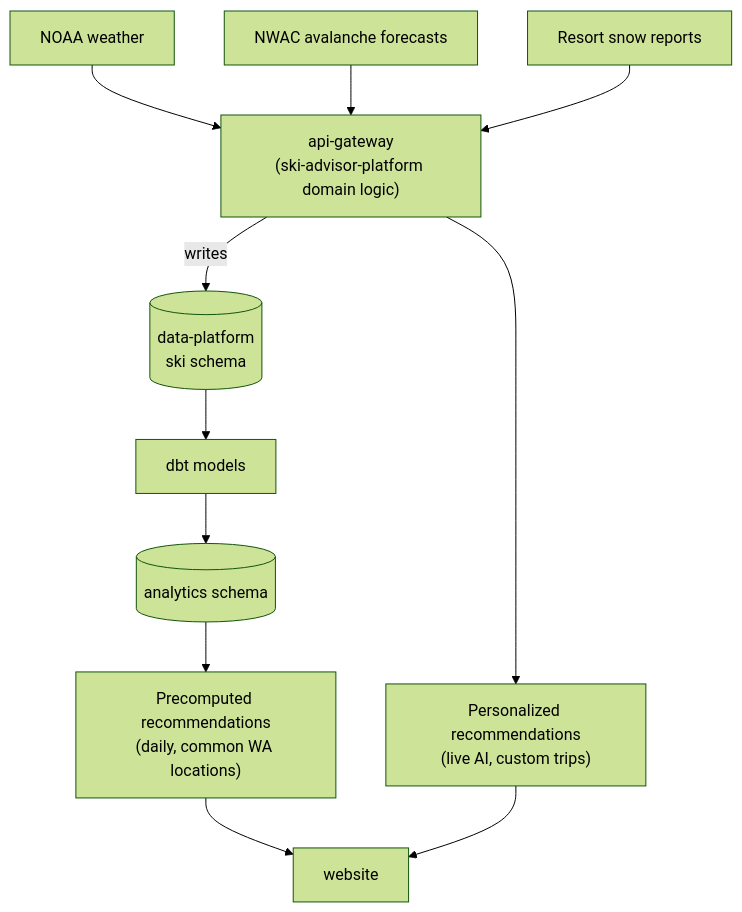
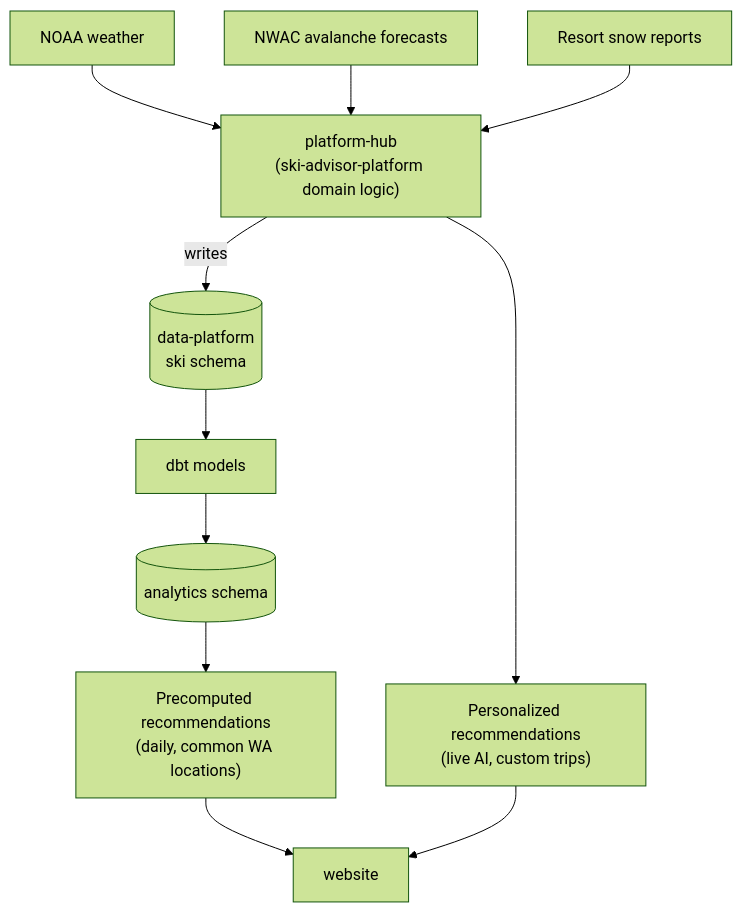
The diagram in docs/diagrams/ski.md (wm6000/website), drawn with Mermaid (forest theme) before and after one commit. The commit also changed 6 other files, not shown here.

First line of the commit message:
docs: add README template, website README, and recover platform-hub rename (#34)

````diff
--- a/docs/diagrams/ski.md
+++ b/docs/diagrams/ski.md
@@ -5,19 +5,19 @@
 ```mermaid
 ---
 id: f88968f6-3c85-4bec-b17e-78785bc9bac4
 ---
 flowchart TD
-    NOAA["NOAA weather"] --> ApiGateway["api-gateway<br/>(ski-advisor-platform domain logic)"]
-    NWAC["NWAC avalanche forecasts"] --> ApiGateway
-    Resorts["Resort snow reports"] --> ApiGateway
+    NOAA["NOAA weather"] --> PlatformHub["platform-hub<br/>(ski-advisor-platform domain logic)"]
+    NWAC["NWAC avalanche forecasts"] --> PlatformHub
+    Resorts["Resort snow reports"] --> PlatformHub
 
-    ApiGateway -- writes --> SkiSchema[("data-platform<br/>ski schema")]
+    PlatformHub -- writes --> SkiSchema[("data-platform<br/>ski schema")]
     SkiSchema --> Dbt["dbt models"]
     Dbt --> Analytics[("analytics schema")]
 
     Analytics --> Precomputed["Precomputed recommendations<br/>(daily, common WA locations)"]
-    ApiGateway --> Personalized["Personalized recommendations<br/>(live AI, custom trips)"]
+    PlatformHub --> Personalized["Personalized recommendations<br/>(live AI, custom trips)"]
 
     Precomputed --> Website["website"]
     Personalized --> Website
 ```
````
